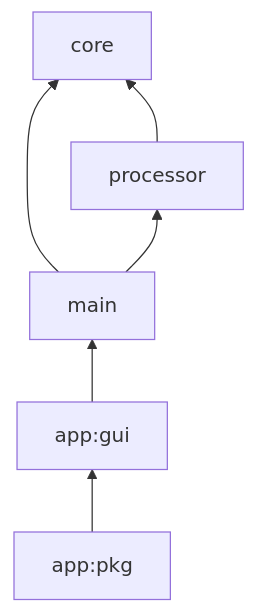
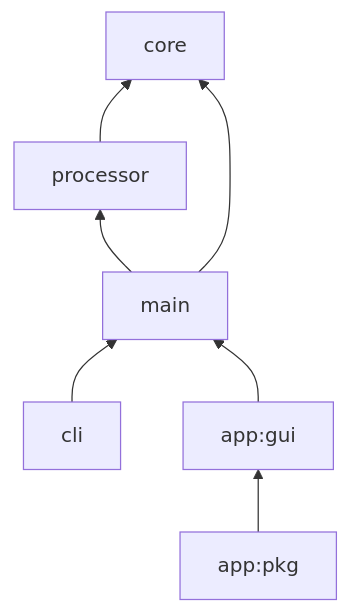
One commit to MobilityData/gtfs-validator changed the diagram in docs/ARCHITECTURE.md. Above: the diagram before and after it, drawn with Mermaid. The commit also changed other lines of this file and 11 other files, not shown here.

````diff
--- a/docs/ARCHITECTURE.md
+++ b/docs/ARCHITECTURE.md
@@ -4,9 +4,10 @@
 ```mermaid
 graph BT;
   core
+    processor-->core;
     main-->core;
     main-->processor;
-    processor-->core;
+    cli-->main;
     app:gui-->main;
     app:pkg-->app:gui;
 ```
````
